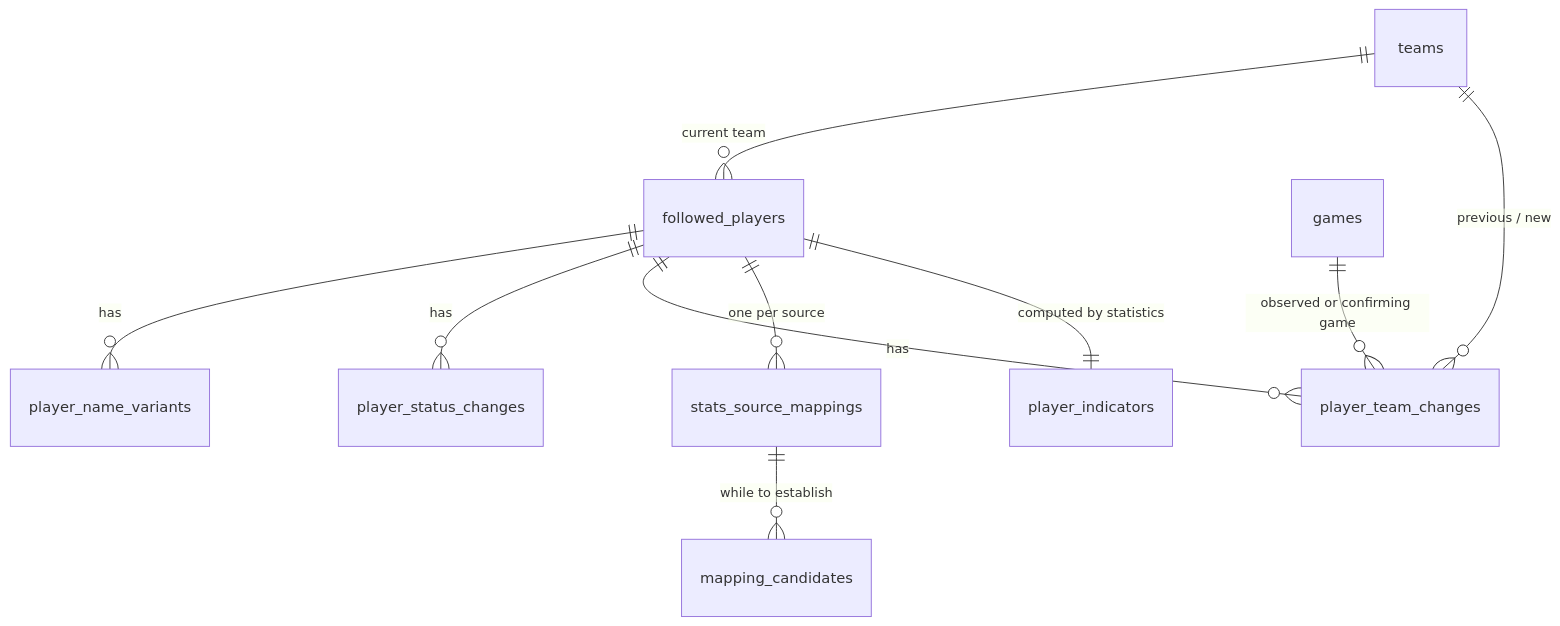
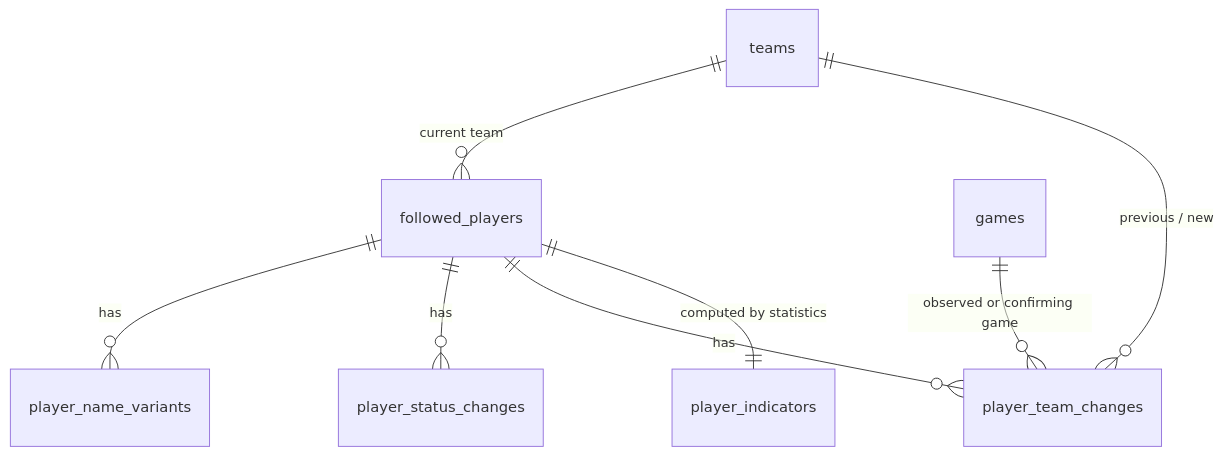
The diagram in docs/engineering/domain-model/players.md (youtix/egoscope), drawn with Mermaid before and after one commit. The commit also changed other lines of this file and 7 other files, not shown here.

````diff
--- a/docs/engineering/domain-model/players.md
+++ b/docs/engineering/domain-model/players.md
@@ -316,12 +244,10 @@
 ```mermaid
 erDiagram
   teams ||--o{ followed_players : "current team"
   followed_players ||--o{ player_name_variants : has
   followed_players ||--o{ player_status_changes : has
   followed_players ||--o{ player_team_changes : has
   teams ||--o{ player_team_changes : "previous / new"
   games ||--o{ player_team_changes : "observed or confirming game"
-  followed_players ||--o{ stats_source_mappings : "one per source"
-  stats_source_mappings ||--o{ mapping_candidates : "while to establish"
   followed_players ||--|| player_indicators : "computed by statistics"
 ```
````
